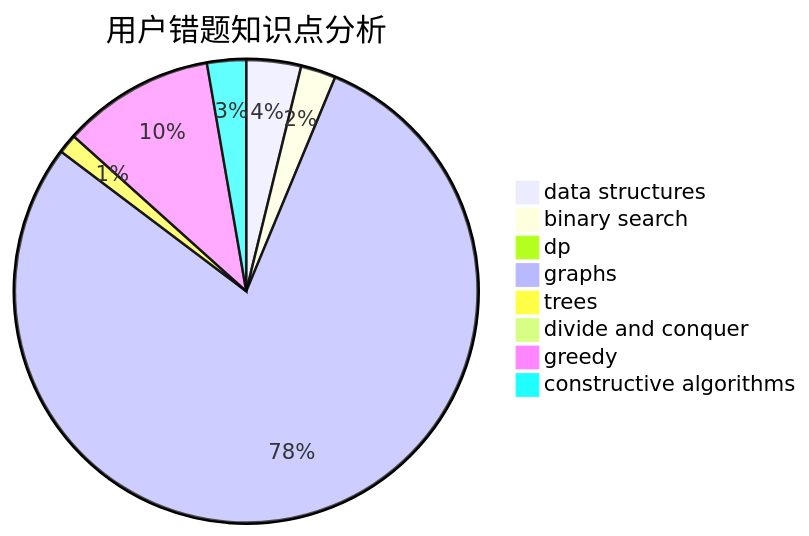
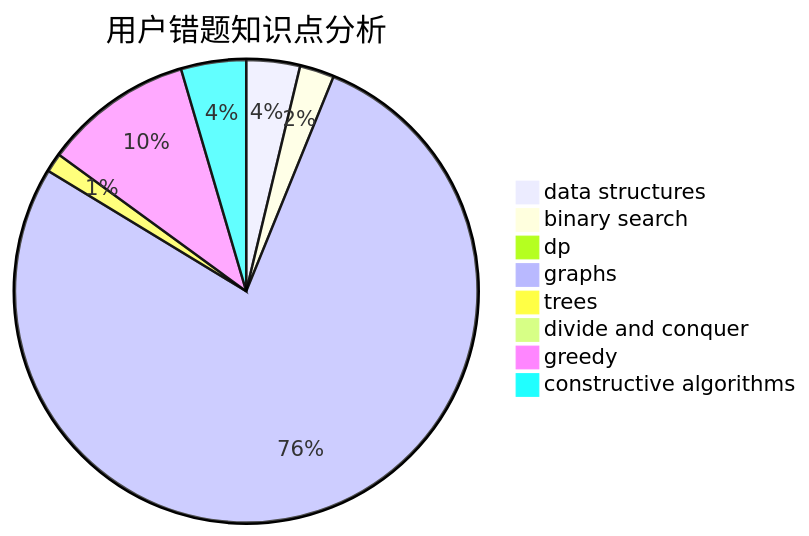
The third of 3 diagrams in docs/user/u2706.md (sherpahu/cfrs.github.io), drawn with Mermaid before and after one commit. The commit also changed other lines of this file and 2770 other files, not shown here.

````diff
--- a/docs/user/u2706.md
+++ b/docs/user/u2706.md
@@ -36,11 +36,11 @@
 ```mermaid
 pie title 用户错题知识点分析
     "data structures" :  14
     "binary search" :  9
     "dp" :  3
     "graphs" :  290
     "trees" :  5
     "divide and conquer" :  3
     "greedy" :  39
-    "constructive algorithms" :  10
+    "constructive algorithms" :  17
 ```
````
